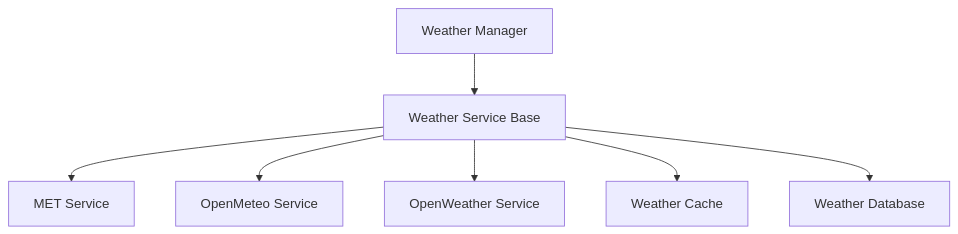
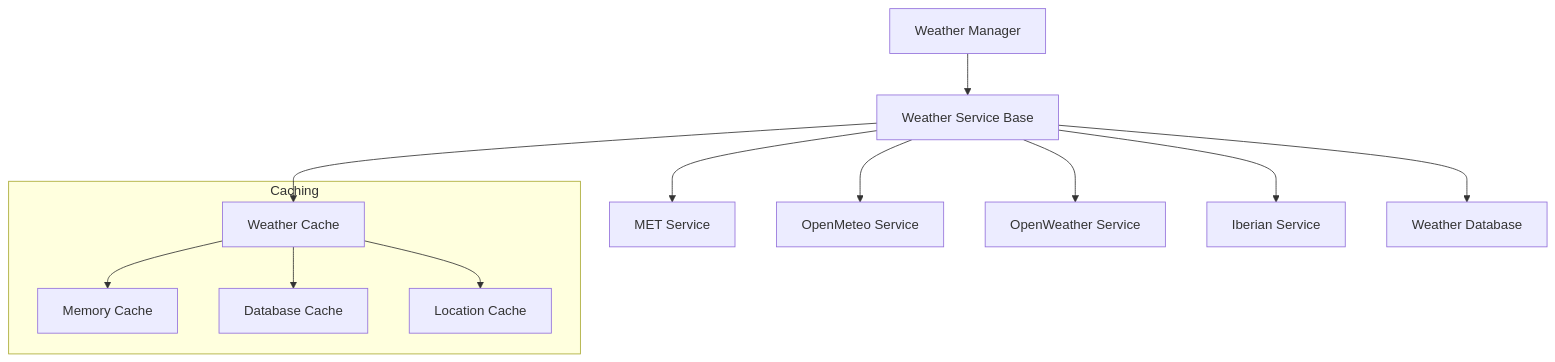
Before and after one commit to nasula/golfcal2: the diagram in docs/services/weather/README.md, drawn with Mermaid. The commit also changed other lines of this file and 8 other files, not shown here.

````diff
--- a/docs/services/weather/README.md
+++ b/docs/services/weather/README.md
@@ -9,9 +9,16 @@
 ```mermaid
 graph TD
     WM[Weather Manager] --> WS[Weather Service Base]
     WS --> MET[MET Service]
     WS --> OM[OpenMeteo Service]
     WS --> OW[OpenWeather Service]
+    WS --> IB[Iberian Service]
     WS --> Cache[Weather Cache]
     WS --> DB[Weather Database]
+    
+    subgraph Caching
+        Cache --> MemCache[Memory Cache]
+        Cache --> DBCache[Database Cache]
+        Cache --> LocationCache[Location Cache]
+    end
 ```
````
